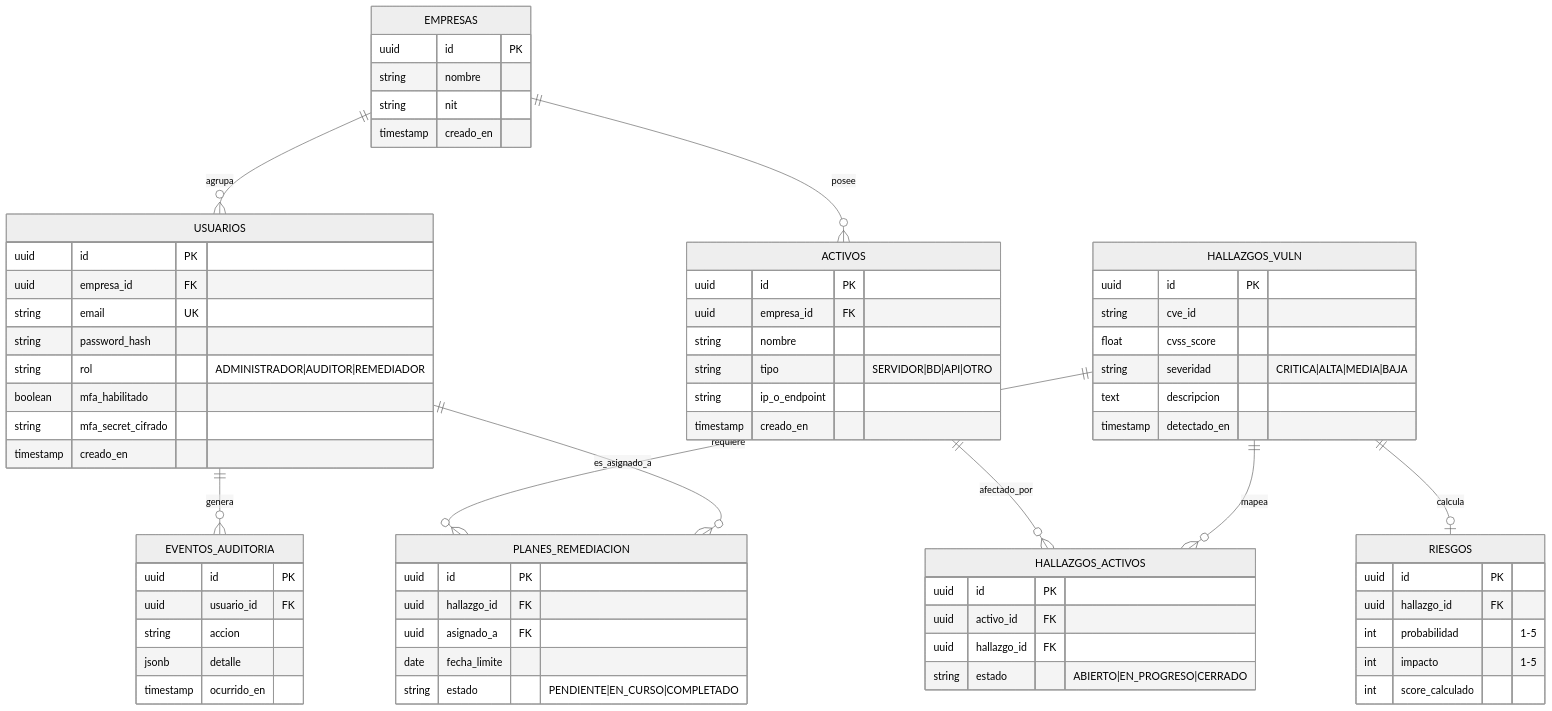
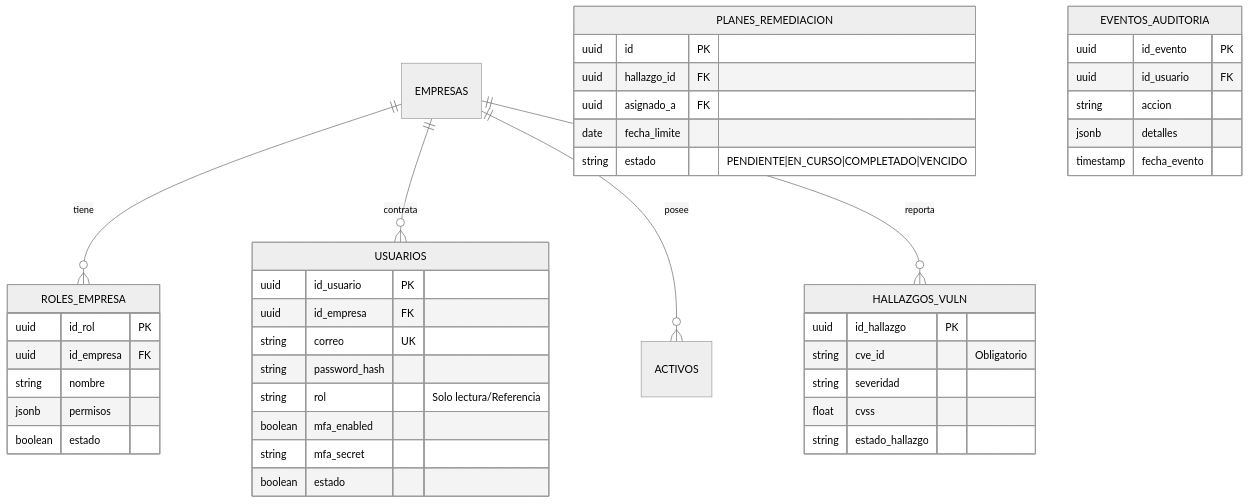
The third of 4 diagrams in README.md (3D74R08/VulnTrack), drawn with Mermaid (neutral theme) before and after one commit. The commit also changed other lines of this file, not shown here.

````diff
--- a/README.md
+++ b/README.md
@@ -146,71 +142,50 @@
 ```mermaid
 erDiagram
-    EMPRESAS ||--o{ USUARIOS : "agrupa"
-    EMPRESAS ||--o{ ACTIVOS : "posee"
-    USUARIOS ||--o{ EVENTOS_AUDITORIA : "genera"
-    ACTIVOS ||--o{ HALLAZGOS_ACTIVOS : "afectado_por"
-    HALLAZGOS_VULN ||--o{ HALLAZGOS_ACTIVOS : "mapea"
-    HALLAZGOS_VULN ||--o| RIESGOS : "calcula"
-    HALLAZGOS_VULN ||--o{ PLANES_REMEDIACION : "requiere"
-    USUARIOS ||--o{ PLANES_REMEDIACION : "es_asignado_a"
+    EMPRESAS ||--o{ ROLES_EMPRESA : tiene
+    EMPRESAS ||--o{ USUARIOS : contrata
+    EMPRESAS ||--o{ ACTIVOS : posee
+    EMPRESAS ||--o{ HALLAZGOS_VULN : reporta
+    
+    ROLES_EMPRESA {
+        uuid id_rol PK
+        uuid id_empresa FK
+        string nombre
+        jsonb permisos
+        boolean estado
+    }
+    
+    USUARIOS {
+        uuid id_usuario PK
+        uuid id_empresa FK
+        string correo UK
+        string password_hash
+        string rol "Solo lectura/Referencia"
+        boolean mfa_enabled
+        string mfa_secret
+        boolean estado
+    }
 
-    EMPRESAS {
-        uuid id PK
-        string nombre
-        string nit
-        timestamp creado_en
+    HALLAZGOS_VULN {
+        uuid id_hallazgo PK
+        string cve_id "Obligatorio"
+        string severidad
+        float cvss
+        string estado_hallazgo
     }
-    USUARIOS {
-        uuid id PK
-        uuid empresa_id FK
-        string email UK
-        string password_hash
-        string rol "ADMINISTRADOR|AUDITOR|REMEDIADOR"
-        boolean mfa_habilitado
-        string mfa_secret_cifrado
-        timestamp creado_en
-    }
-    ACTIVOS {
-        uuid id PK
-        uuid empresa_id FK
-        string nombre
-        string tipo "SERVIDOR|BD|API|OTRO"
-        string ip_o_endpoint
-        timestamp creado_en
-    }
-    HALLAZGOS_VULN {
-        uuid id PK
-        string cve_id
-        float cvss_score
-        string severidad "CRITICA|ALTA|MEDIA|BAJA"
-        text descripcion
-        timestamp detectado_en
-    }
-    HALLAZGOS_ACTIVOS {
-        uuid id PK
-        uuid activo_id FK
-        uuid hallazgo_id FK
-        string estado "ABIERTO|EN_PROGRESO|CERRADO"
-    }
-    RIESGOS {
-        uuid id PK
-        uuid hallazgo_id FK
-        int probabilidad "1-5"
-        int impacto "1-5"
-        int score_calculado
-    }
+
     PLANES_REMEDIACION {
         uuid id PK
         uuid hallazgo_id FK
         uuid asignado_a FK
         date fecha_limite
-        string estado "PENDIENTE|EN_CURSO|COMPLETADO"
+        string estado "PENDIENTE|EN_CURSO|COMPLETADO|VENCIDO"
     }
+
     EVENTOS_AUDITORIA {
-        uuid id PK
-        uuid usuario_id FK
+        uuid id_evento PK
+        uuid id_usuario FK
         string accion
-        jsonb detalle
-        timestamp ocurrido_en
+        jsonb detalles
+        timestamp fecha_evento
     }
 ```
````
